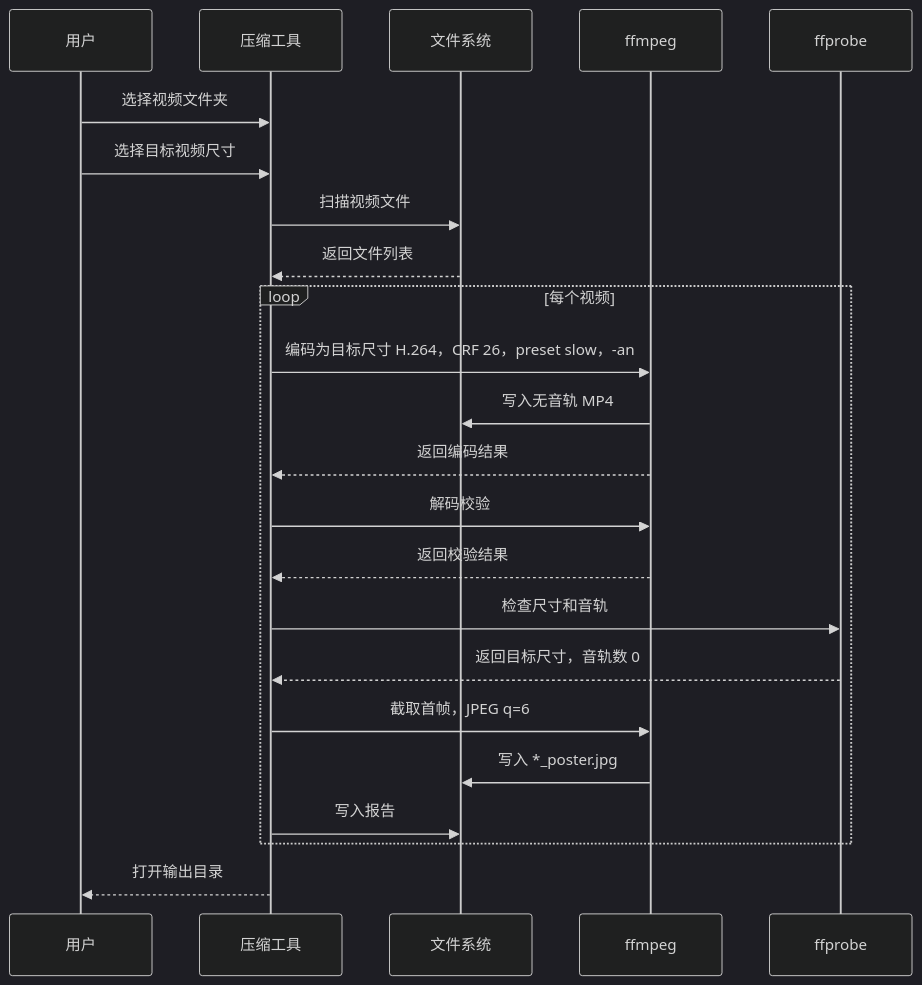
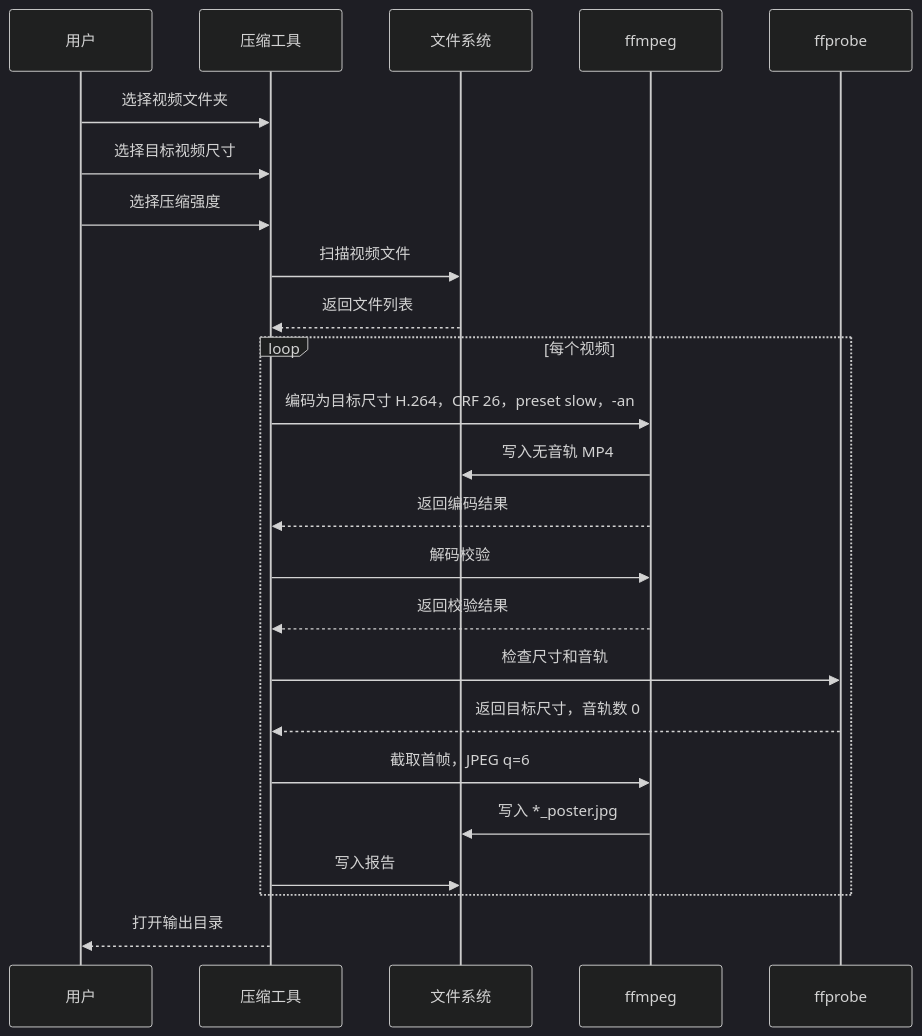
The second of 2 diagrams in docs/video-compress-480x640-no-audio.md (devSC/onboarding-video-compressor), drawn with Mermaid (dark theme) before and after one commit. The commit also changed other lines of this file and 2 other files, not shown here.

````diff
--- a/docs/video-compress-480x640-no-audio.md
+++ b/docs/video-compress-480x640-no-audio.md
@@ -177,32 +199,33 @@
 ```mermaid
 sequenceDiagram
   participant User as 用户
   participant App as 压缩工具
   participant FS as 文件系统
   participant FFmpeg as ffmpeg
   participant FFprobe as ffprobe
 
   User->>App: 选择视频文件夹
   User->>App: 选择目标视频尺寸
+  User->>App: 选择压缩强度
   App->>FS: 扫描视频文件
   FS-->>App: 返回文件列表
 
   loop 每个视频
     App->>FFmpeg: 编码为目标尺寸 H.264，CRF 26，preset slow，-an
     FFmpeg->>FS: 写入无音轨 MP4
     FFmpeg-->>App: 返回编码结果
 
     App->>FFmpeg: 解码校验
     FFmpeg-->>App: 返回校验结果
 
     App->>FFprobe: 检查尺寸和音轨
     FFprobe-->>App: 返回目标尺寸，音轨数 0
 
     App->>FFmpeg: 截取首帧，JPEG q=6
     FFmpeg->>FS: 写入 *_poster.jpg
 
     App->>FS: 写入报告
   end
 
   App-->>User: 打开输出目录
 ```
````
